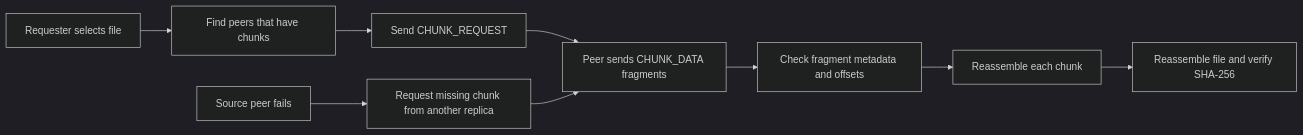
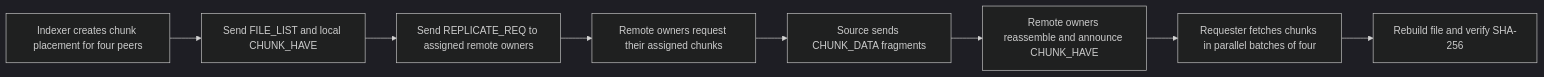
The third of 3 diagrams in Readme.md (usman-irshad1/p2p), drawn with Mermaid (dark theme) before and after one commit. The commit also changed other lines of this file and 1 other file, not shown here.

Commit message:
Connect peers to replicated file transfer

````diff
--- a/Readme.md
+++ b/Readme.md
@@ -95,11 +123,10 @@
 ```mermaid
 flowchart LR
-    A[Requester selects file] --> B[Find peers that have chunks]
-    B --> C[Send CHUNK_REQUEST]
-    C --> D[Peer sends CHUNK_DATA fragments]
-    D --> E[Check fragment metadata and offsets]
-    E --> F[Reassemble each chunk]
-    F --> G[Reassemble file and verify SHA-256]
-    H[Source peer fails] --> I[Request missing chunk from another replica]
-    I --> D
+    A[Indexer creates chunk placement for four peers] --> B[Send FILE_LIST and local CHUNK_HAVE]
+    B --> C[Send REPLICATE_REQ to assigned remote owners]
+    C --> D[Remote owners request their assigned chunks]
+    D --> E[Source sends CHUNK_DATA fragments]
+    E --> F[Remote owners reassemble and announce CHUNK_HAVE]
+    F --> G[Requester fetches chunks in parallel batches of four]
+    G --> H[Rebuild file and verify SHA-256]
 ```
````
